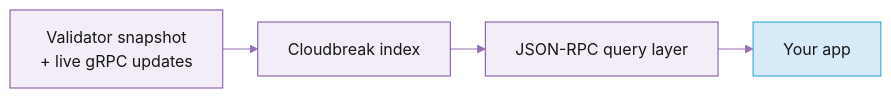
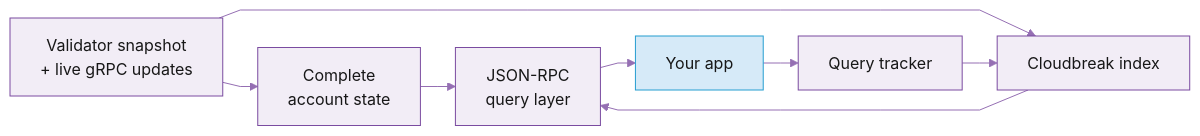
One commit to praptisharma28/triton-docs-v5 changed the diagram in documentation/reading-account-state/cloudbreak-indexed-accounts.md. Above: the diagram before and after it, drawn with Mermaid. The commit also changed 5 other files, not shown here.

Commit message:
Diagrams: Cloudbreak corrected schema (state + index -> query layer, app -> query tracker -> index); polling vs streaming as ping-pong/continuous sequence diagrams; Deshred shared reconstruct then fork (regular gRPC vs pre-execution); lighter edge-label background in shared init

````diff
--- a/documentation/reading-account-state/cloudbreak-indexed-accounts.md
+++ b/documentation/reading-account-state/cloudbreak-indexed-accounts.md
@@ -53,6 +53,12 @@
 ```mermaid
-%%{init: {'theme':'base','themeVariables':{'primaryColor':'#F2EDF6','primaryBorderColor':'#7A4BA0','primaryTextColor':'#171717','lineColor':'#956FB3','secondaryColor':'#E4DBEC','tertiaryColor':'#D7C9E3'},'flowchart':{'nodeSpacing':20,'rankSpacing':35,'curve':'linear'}}}%%
+%%{init: {'theme':'base','themeVariables':{'primaryColor':'#F2EDF6','primaryBorderColor':'#7A4BA0','primaryTextColor':'#171717','lineColor':'#956FB3','secondaryColor':'#E4DBEC','tertiaryColor':'#D7C9E3','edgeLabelBackground':'#F2EDF6'},'flowchart':{'nodeSpacing':20,'rankSpacing':35,'curve':'linear'}}}%%
 flowchart LR
-    src["Validator snapshot<br/>+ live gRPC updates"] --> idx["Cloudbreak index"] --> q["JSON-RPC query layer"] --> you["Your app"]
+    src["Validator snapshot<br/>+ live gRPC updates"] --> state["Complete<br/>account state"]
+    src --> idx["Cloudbreak index"]
+    state --> q["JSON-RPC<br/>query layer"]
+    idx --> q
+    q --> you["Your app"]
+    you --> tracker["Query tracker"]
+    tracker --> idx
     style you fill:#D6EAF8,stroke:#259DD0
 ```
````
